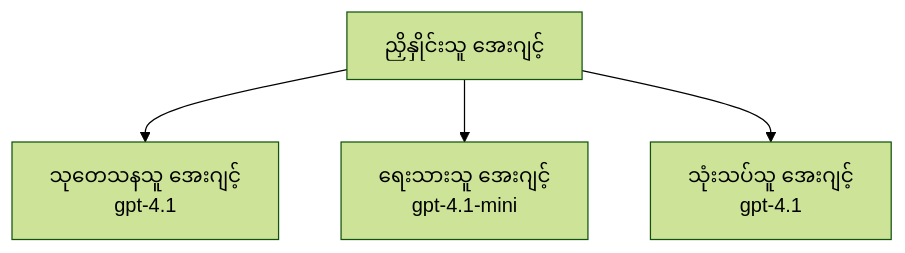
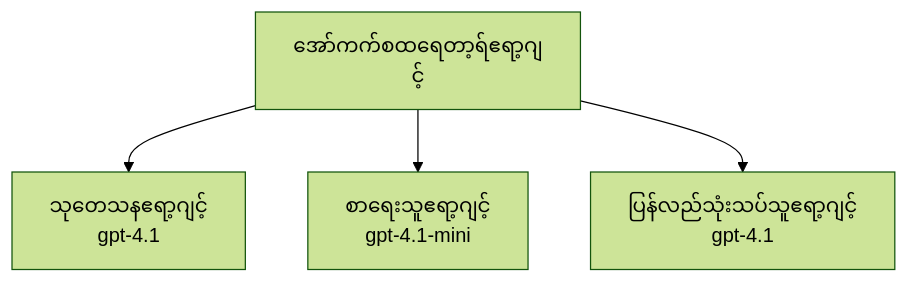
The third of 3 diagrams in translations/my/docs/chapter-02-ai-development/agents.md (microsoft/AZD-for-beginners), drawn with Mermaid (forest theme) before and after one commit. The commit also changed other lines of this file and 59 other files, not shown here.

````diff
--- a/translations/my/docs/chapter-02-ai-development/agents.md
+++ b/translations/my/docs/chapter-02-ai-development/agents.md
@@ -201,6 +201,6 @@
 ```mermaid
 graph TD
-    Orchestrator[ညှိနှိုင်းသူ အေးဂျင့်] --> Research[သုတေသနသူ အေးဂျင့်<br/>gpt-4.1]
-    Orchestrator --> Writer[ရေးသားသူ အေးဂျင့်<br/>gpt-4.1-mini]
-    Orchestrator --> Reviewer[သုံးသပ်သူ အေးဂျင့်<br/>gpt-4.1]
+    Orchestrator[အော်ကက်စထရေတာ့ရ်ဧရာ့ဂျင့်] --> Research[သုတေသနဧရာ့ဂျင့်<br/>gpt-4.1]
+    Orchestrator --> Writer[စာရေးသူဧရာ့ဂျင့်<br/>gpt-4.1-mini]
+    Orchestrator --> Reviewer[ပြန်လည်သုံးသပ်သူဧရာ့ဂျင့်<br/>gpt-4.1]
 ```
````
